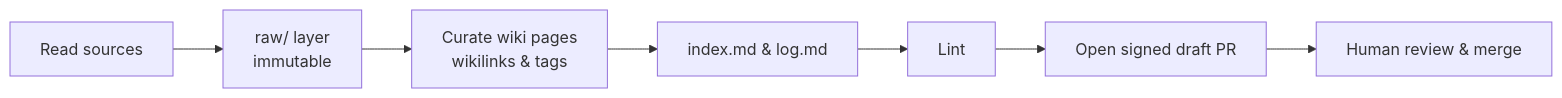
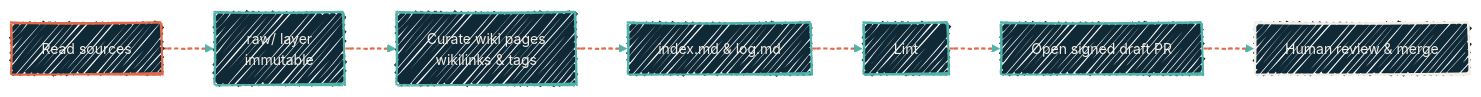
One commit to dryvist/docs changed the first of 2 diagrams in autonomous-agents/hermes-agent.mdx. Above: the diagram before and after it, drawn with Mermaid. The commit also changed other lines of this file, not shown here.

Commit message:
docs: fix missing Mermaid theme directive in hermes-agent diagrams

````diff
--- a/autonomous-agents/hermes-agent.mdx
+++ b/autonomous-agents/hermes-agent.mdx
@@ -91,9 +91,20 @@
 ```mermaid
+%%{init: {'theme':'base','look':'handDrawn','themeVariables':{'fontFamily':'Geist','fontSize':'14px','primaryColor':'#102937','primaryTextColor':'#F4EFE6','primaryBorderColor':'#4FB3A9','lineColor':'#4FB3A9','secondaryColor':'#0B1D2A','tertiaryColor':'#1A2A38','clusterBkg':'rgba(79,179,169,0.08)','clusterBorder':'#4FB3A9'}}}%%
 flowchart LR
     Sources[Read sources] --> Raw[raw/ layer<br>immutable]
     Raw --> Curate[Curate wiki pages<br>wikilinks & tags]
     Curate --> Index[index.md & log.md]
     Index --> Lint[Lint]
     Lint --> PR[Open signed draft PR]
     PR --> Review[Human review & merge]
+
+    classDef src  fill:#102937,stroke:#E06B4A,stroke-width:2px,color:#F4EFE6;
+    classDef hop  fill:#102937,stroke:#4FB3A9,stroke-width:2px,color:#F4EFE6;
+    classDef sink fill:#102937,stroke:#F4EFE6,stroke-width:2px,color:#F4EFE6;
+
+    class Sources src
+    class Raw,Curate,Index,Lint,PR hop
+    class Review sink
+
+    linkStyle 0,1,2,3,4,5 stroke:#E06B4A,stroke-width:2px,stroke-dasharray:4 3;
 ```
````
